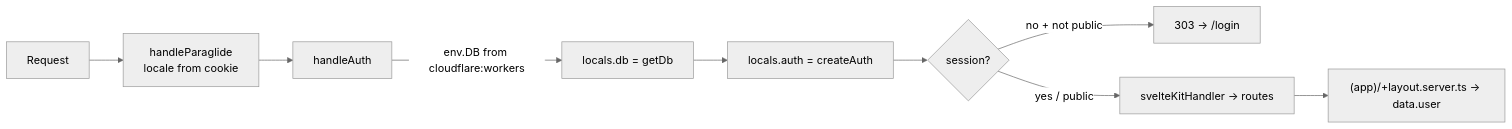
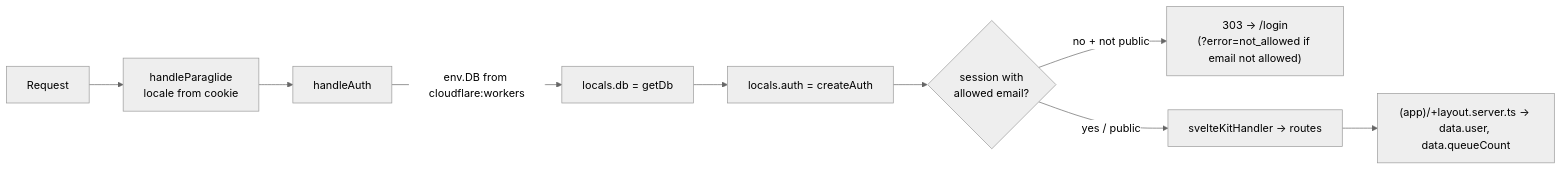
The diagram in AGENTS.md (zulmuzakir/maido-book), drawn with Mermaid (neutral theme) before and after one commit. The commit also changed other lines of this file and 2 other files, not shown here.

````diff
--- a/AGENTS.md
+++ b/AGENTS.md
@@ -9,11 +9,11 @@
 ```mermaid
 flowchart LR
   Req[Request] --> P[handleParaglide<br/>locale from cookie]
   P --> A[handleAuth]
   A -->|env.DB from cloudflare:workers| DB[locals.db = getDb]
   DB --> AU[locals.auth = createAuth]
-  AU --> S{session?}
-  S -->|no + not public| L[303 → /login]
+  AU --> S{session with<br/>allowed email?}
+  S -->|no + not public| L["303 → /login<br/>(?error=not_allowed if email not allowed)"]
   S -->|yes / public| H[svelteKitHandler → routes]
-  H --> LD["(app)/+layout.server.ts → data.user"]
+  H --> LD["(app)/+layout.server.ts → data.user, data.queueCount"]
 ```
````
